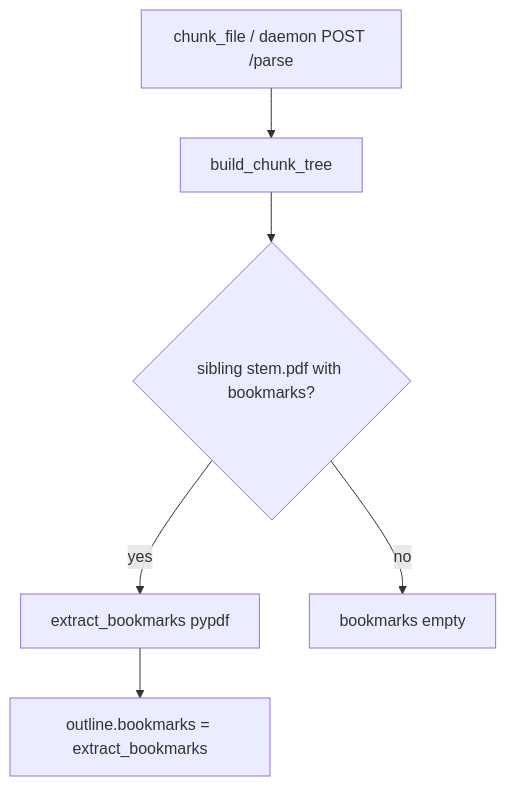
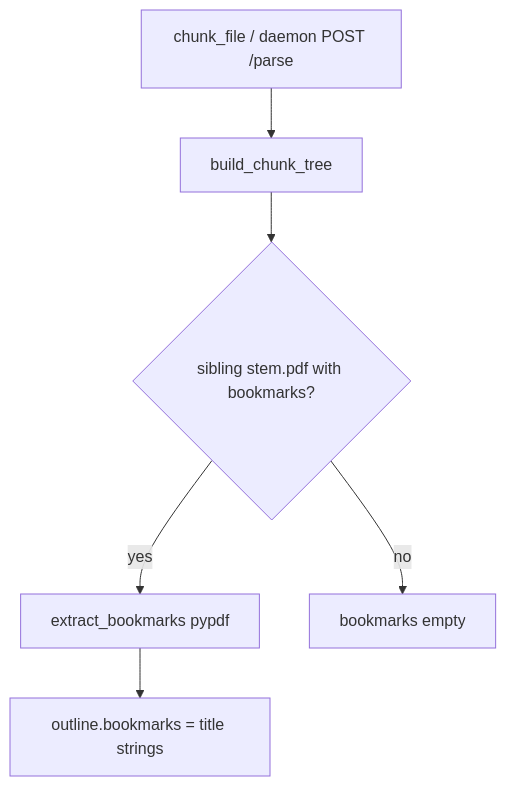
The third of 3 diagrams in modules/documents/processing/processing.md (data-team-uhn/iap), drawn with Mermaid before and after one commit. The commit also changed other lines of this file and 10 other files, not shown here.

````diff
--- a/modules/documents/processing/processing.md
+++ b/modules/documents/processing/processing.md
@@ -220,8 +220,8 @@
 ```mermaid
 flowchart TD
     A["chunk_file / daemon POST /parse"] --> B["build_chunk_tree"]
     B --> C{"sibling stem.pdf with bookmarks?"}
     C -->|yes| D["extract_bookmarks pypdf"]
     C -->|no| E["bookmarks empty"]
-    D --> F["outline.bookmarks = extract_bookmarks"]
+    D --> F["outline.bookmarks = title strings"]
 ```
````
